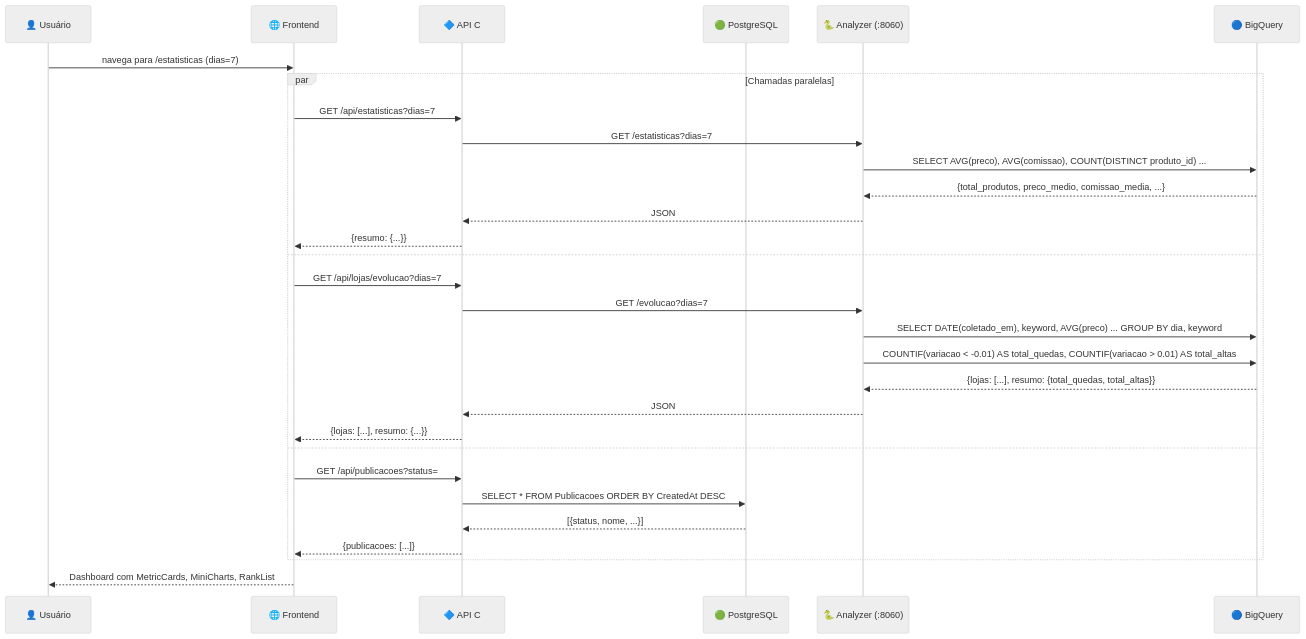
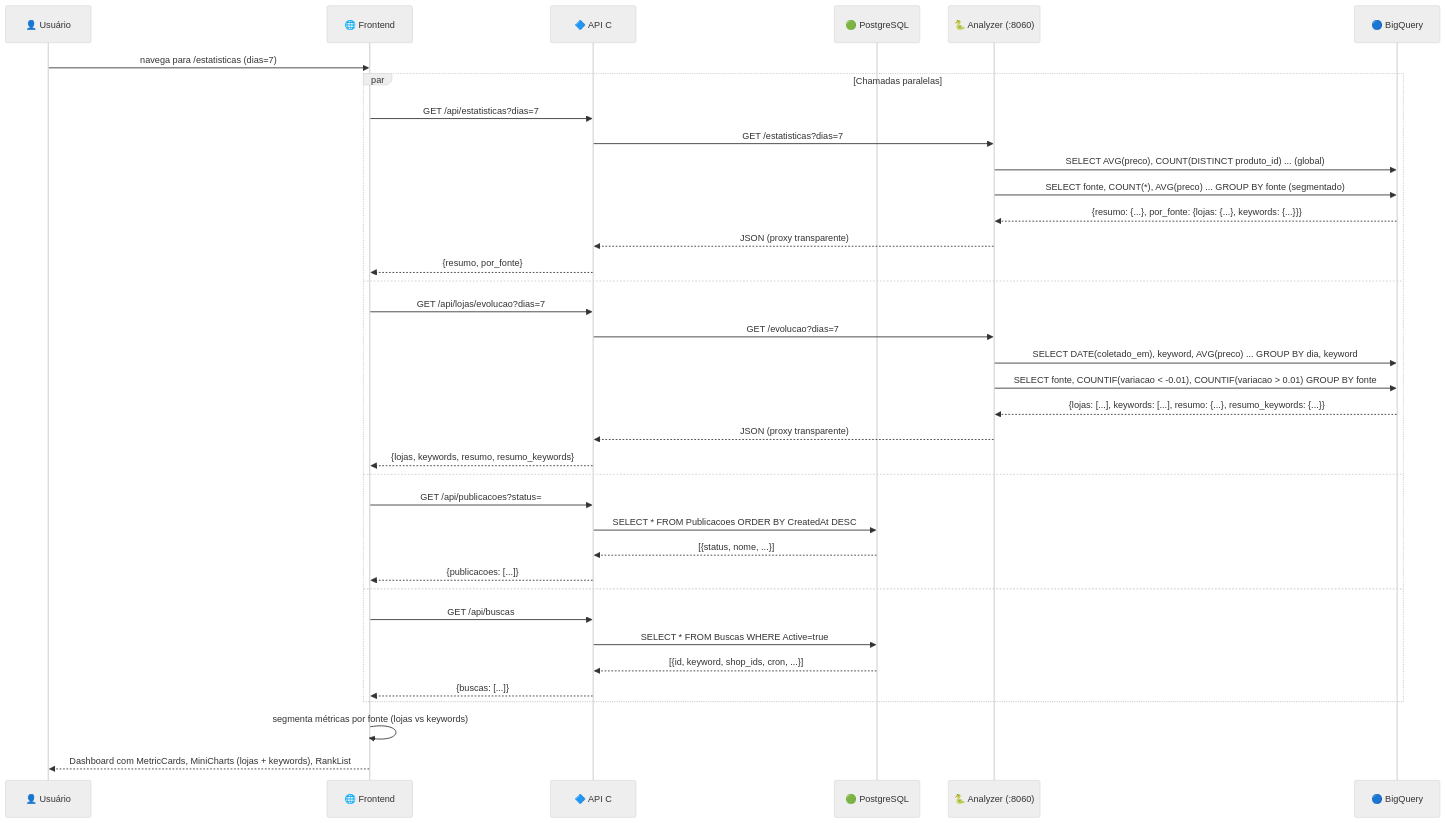
One commit to fmarquesfilho/garimpo changed the tenth of 12 diagrams in docs/08-fluxos-sequencia.md. Above: the diagram before and after it, drawn with Mermaid (neutral theme). The commit also changed other lines of this file and 12 other files, not shown here.

First line of the commit message:
feat: estatísticas segmentadas por fonte (lojas vs keywords)

````diff
--- a/docs/08-fluxos-sequencia.md
+++ b/docs/08-fluxos-sequencia.md
@@ -539,33 +540,40 @@
 ```mermaid
 sequenceDiagram
     participant U as 👤 Usuário
     participant F as 🌐 Frontend
     participant A as 🔷 API C# (:8080)
     participant PG as 🟢 PostgreSQL
     participant AN as 🐍 Analyzer (:8060)
     participant BQ as 🔵 BigQuery
 
     U->>F: navega para /estatisticas (dias=7)
     par Chamadas paralelas
         F->>A: GET /api/estatisticas?dias=7
         A->>AN: GET /estatisticas?dias=7
-        AN->>BQ: SELECT AVG(preco), AVG(comissao), COUNT(DISTINCT produto_id) ...
-        BQ-->>AN: {total_produtos, preco_medio, comissao_media, ...}
-        AN-->>A: JSON
-        A-->>F: {resumo: {...}}
+        AN->>BQ: SELECT AVG(preco), COUNT(DISTINCT produto_id) ... (global)
+        AN->>BQ: SELECT fonte, COUNT(*), AVG(preco) ... GROUP BY fonte (segmentado)
+        BQ-->>AN: {resumo: {...}, por_fonte: {lojas: {...}, keywords: {...}}}
+        AN-->>A: JSON (proxy transparente)
+        A-->>F: {resumo, por_fonte}
     and
         F->>A: GET /api/lojas/evolucao?dias=7
         A->>AN: GET /evolucao?dias=7
         AN->>BQ: SELECT DATE(coletado_em), keyword, AVG(preco) ... GROUP BY dia, keyword
-        AN->>BQ: COUNTIF(variacao < -0.01) AS total_quedas, COUNTIF(variacao > 0.01) AS total_altas
-        BQ-->>AN: {lojas: [...], resumo: {total_quedas, total_altas}}
-        AN-->>A: JSON
-        A-->>F: {lojas: [...], resumo: {...}}
+        AN->>BQ: SELECT fonte, COUNTIF(variacao < -0.01), COUNTIF(variacao > 0.01) GROUP BY fonte
+        BQ-->>AN: {lojas: [...], keywords: [...], resumo: {...}, resumo_keywords: {...}}
+        AN-->>A: JSON (proxy transparente)
+        A-->>F: {lojas, keywords, resumo, resumo_keywords}
     and
         F->>A: GET /api/publicacoes?status=
         A->>PG: SELECT * FROM Publicacoes ORDER BY CreatedAt DESC
         PG-->>A: [{status, nome, ...}]
         A-->>F: {publicacoes: [...]}
+    and
+        F->>A: GET /api/buscas
+        A->>PG: SELECT * FROM Buscas WHERE Active=true
+        PG-->>A: [{id, keyword, shop_ids, cron, ...}]
+        A-->>F: {buscas: [...]}
     end
-    F-->>U: Dashboard com MetricCards, MiniCharts, RankList
+    F->>F: segmenta métricas por fonte (lojas vs keywords)
+    F-->>U: Dashboard com MetricCards, MiniCharts (lojas + keywords), RankList
 ```
````
